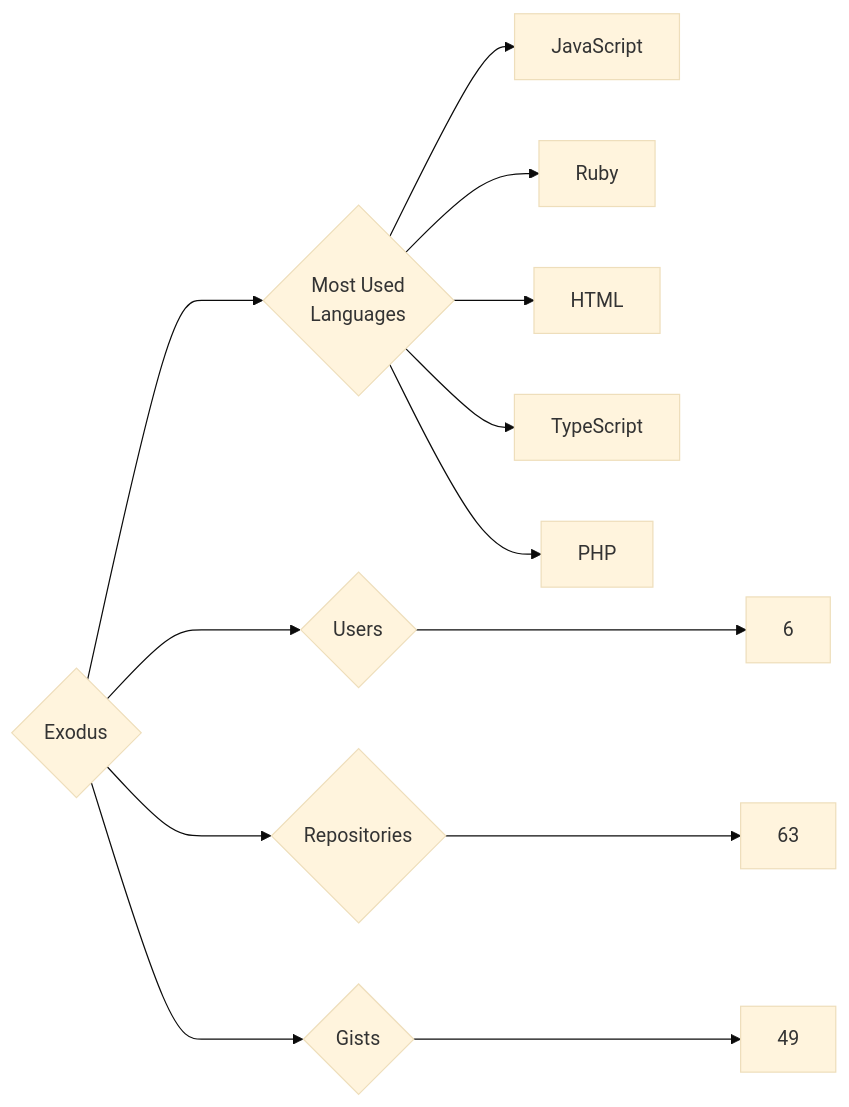
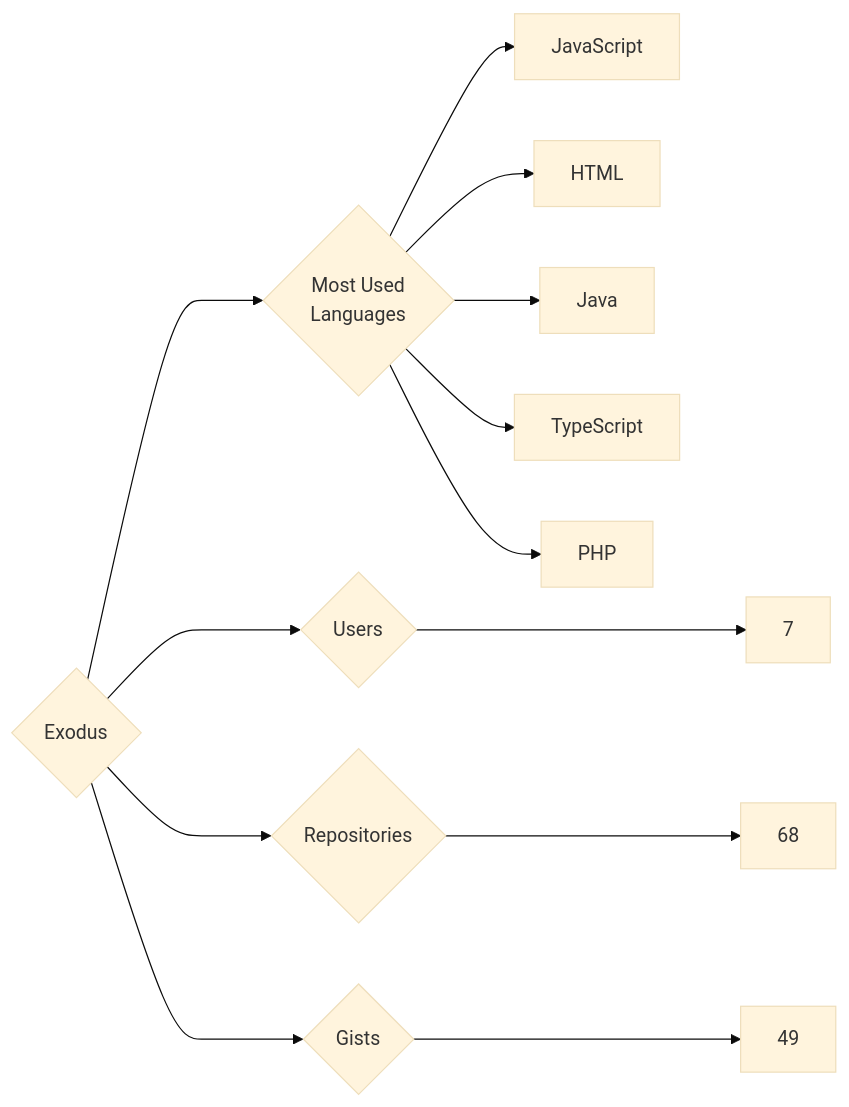
Before and after one commit to trickest/insiders: the diagram in targets/Exodus/README.md, drawn with Mermaid (base theme). The commit also changed 951 other files, not shown here.

````diff
--- a/targets/Exodus/README.md
+++ b/targets/Exodus/README.md
@@ -3,13 +3,13 @@
 ```mermaid
 graph LR
 COMPANY_NAME{Exodus}
-COMPANY_NAME ---> U{Users} ---> UN[6]
-COMPANY_NAME ---> R{Repositories} ---> RN[63]
+COMPANY_NAME ---> U{Users} ---> UN[7]
+COMPANY_NAME ---> R{Repositories} ---> RN[68]
 COMPANY_NAME ---> G{Gists} ---> GN[49]
 COMPANY_NAME ---> ML{Most Used<br>Languages}
 ML --> JavaScript[JavaScript]
-ML --> Ruby[Ruby]
 ML --> HTML[HTML]
+ML --> Java[Java]
 ML --> TypeScript[TypeScript]
 ML --> PHP[PHP]
 ```
````
